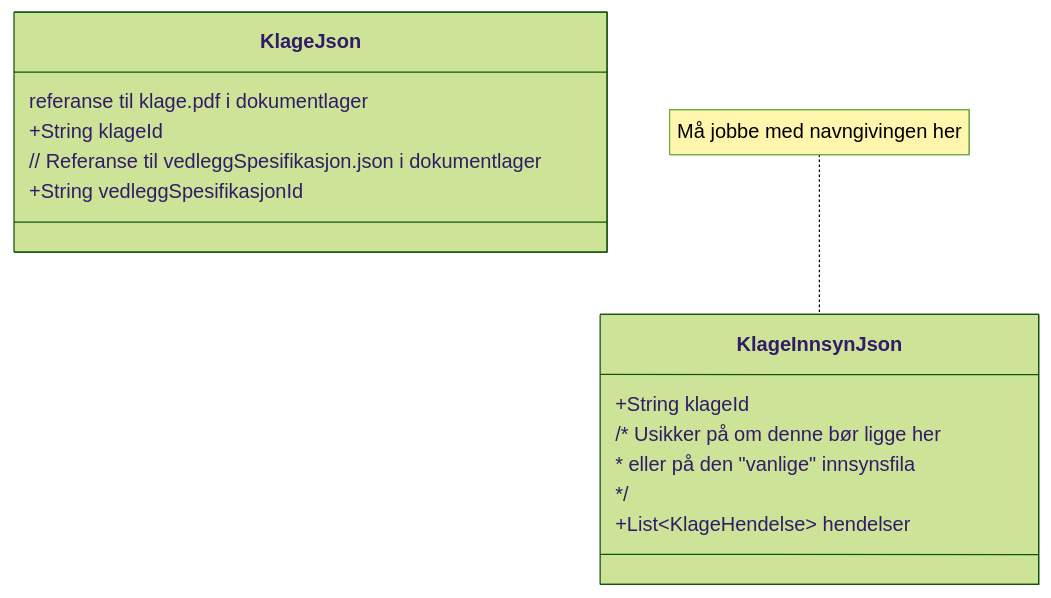
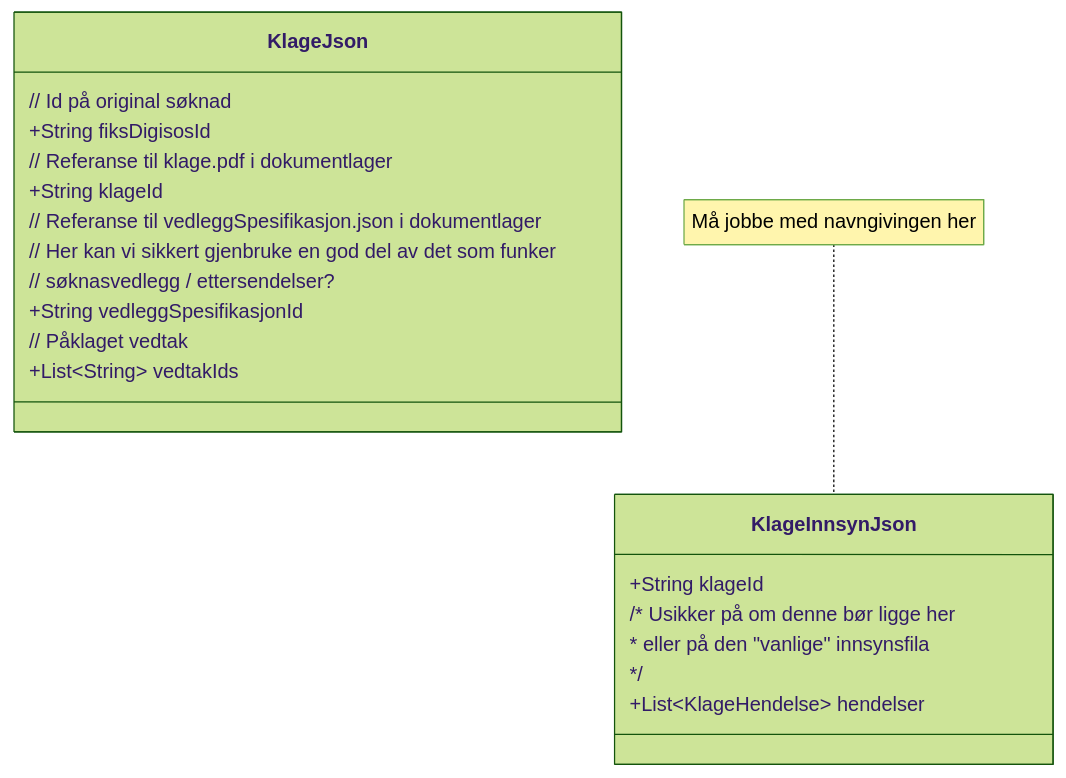
Before and after one commit to navikt/sosialhjelp-innsyn-api: the sixth of 6 diagrams in klage-api-draft.md, drawn with Mermaid (forest theme). The commit also changed 1 other file, not shown here.

Commit message:
Flere diagrammer

````diff
--- a/klage-api-draft.md
+++ b/klage-api-draft.md
@@ -102,18 +102,27 @@
 ```mermaid
 classDiagram
     class KlageJson {
-        referanse til klage.pdf i dokumentlager
+        // Id på original søknad
+        +String fiksDigisosId
+        
+        // Referanse til klage.pdf i dokumentlager
         +String klageId
+        
         // Referanse til vedleggSpesifikasjon.json i dokumentlager
+        // Her kan vi sikkert gjenbruke en god del av det som funker
+        // søknasvedlegg / ettersendelser?
         +String vedleggSpesifikasjonId
+        
+        // Påklaget vedtak
+        +List~String~ vedtakIds
     }
 
     note for KlageInnsynJson "Må jobbe med navngivingen her"
     class KlageInnsynJson {
         +String klageId
         /* Usikker på om denne bør ligge her
          * eller på den "vanlige" innsynsfila
          */
         +List~KlageHendelse~ hendelser
     } 
 ```
````
